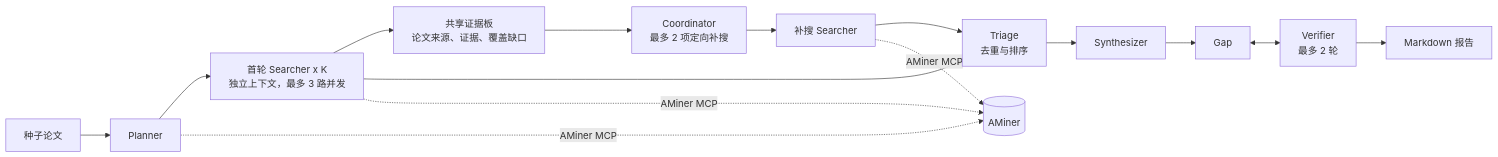
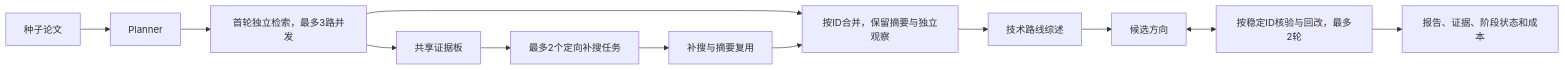
One commit to axton710/paper-scout changed the diagram in README.md. Above: the diagram before and after it, drawn with Mermaid. The commit also changed other lines of this file and 372 other files, not shown here.

````diff
--- a/README.md
+++ b/README.md
@@ -35,18 +9,14 @@
 ```mermaid
 flowchart LR
-    Seed[种子论文] --> Planner[Planner]
-    Planner --> Searchers[首轮 Searcher x K\n独立上下文，最多 3 路并发]
-    Searchers --> Board[共享证据板\n论文来源、证据、覆盖缺口]
-    Board --> Coordinator[Coordinator\n最多 2 项定向补搜]
-    Coordinator --> Followups[补搜 Searcher]
-    Searchers --> Triage[Triage\n去重与排序]
-    Followups --> Triage
-    Triage --> Synthesizer[Synthesizer]
-    Synthesizer --> Gap[Gap]
-    Gap <--> Verifier[Verifier\n最多 2 轮]
-    Verifier --> Report[Markdown 报告]
-
-    Planner -. AMiner MCP .-> Data[(AMiner)]
-    Searchers -. AMiner MCP .-> Data
-    Followups -. AMiner MCP .-> Data
+    Seeds[种子论文] --> Planner
+    Planner --> Searchers[首轮独立检索，最多3路并发]
+    Searchers --> Board[共享证据板]
+    Board --> Coordinator[最多2个定向补搜任务]
+    Coordinator --> Followups[补搜与摘要复用]
+    Searchers --> Corpus[按ID合并，保留摘要与独立观察]
+    Followups --> Corpus
+    Corpus --> Survey[技术路线综述]
+    Survey --> Gap[候选方向]
+    Gap <--> Verifier[按稳定ID核验与回改，最多2轮]
+    Verifier --> Report[报告、证据、阶段状态和成本]
 ```
````
